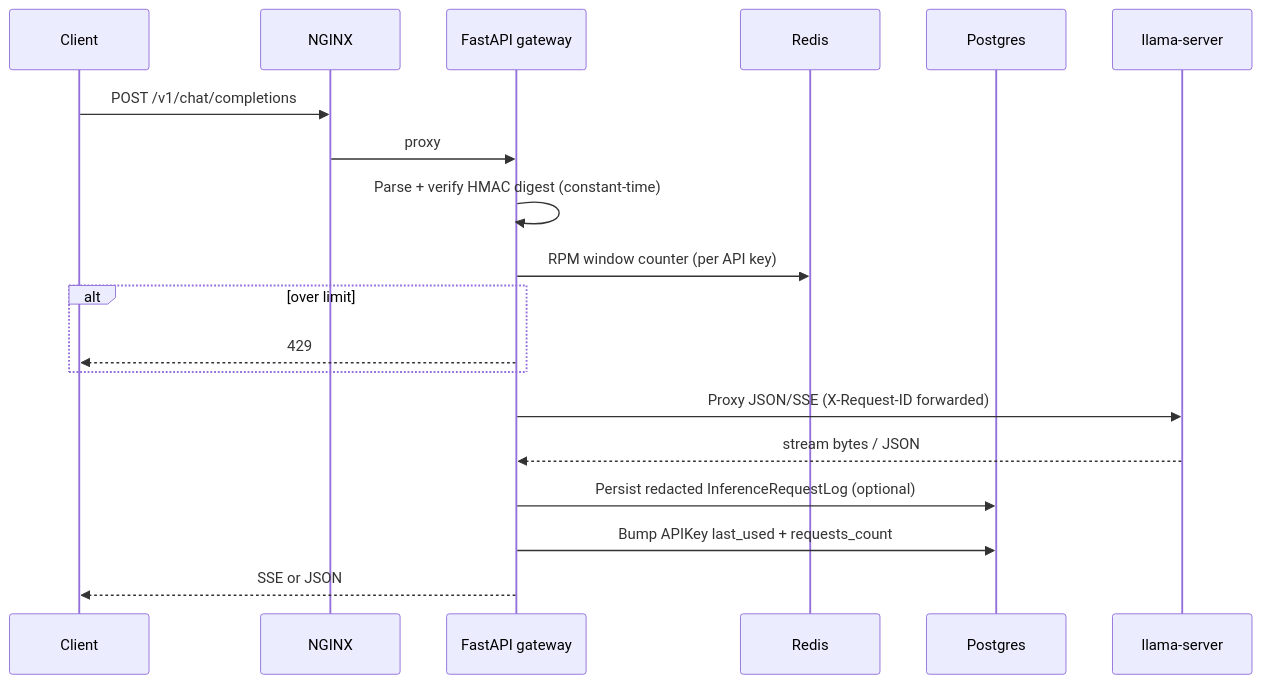
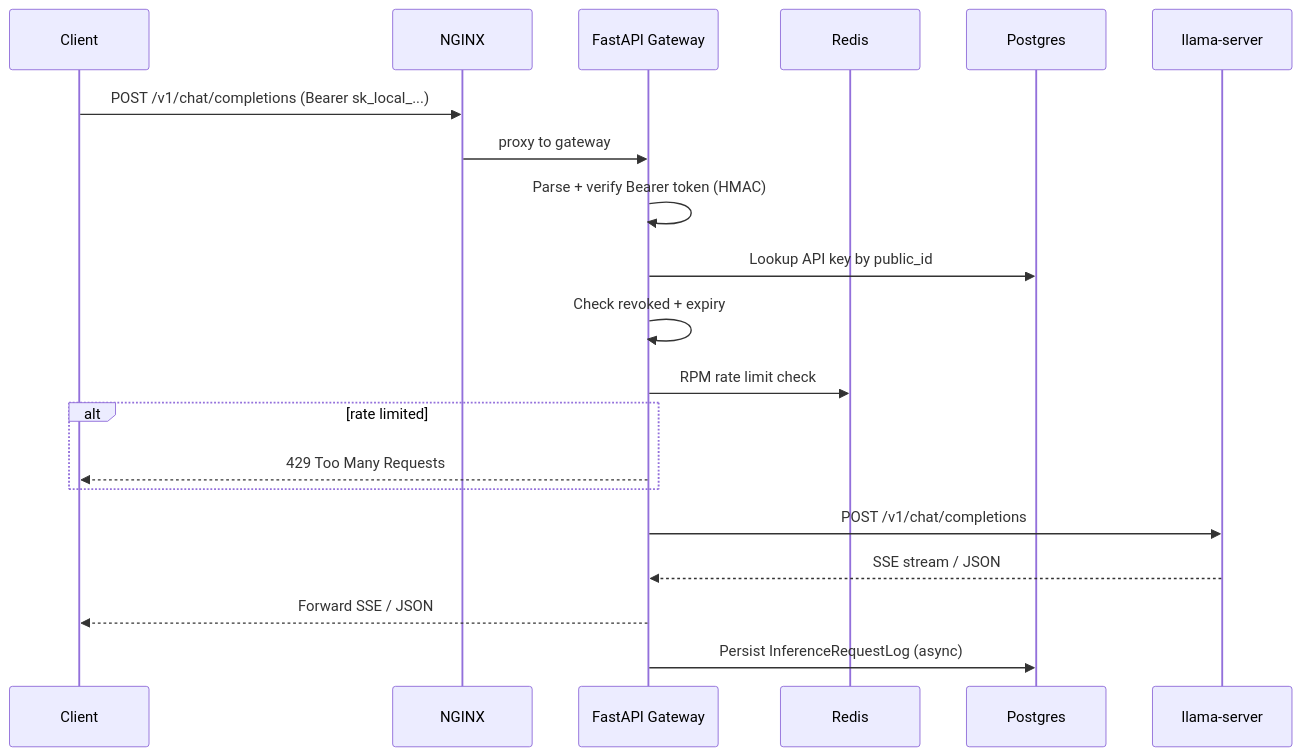
Before and after one commit to saumitra91/ai-inference-gateway-platform: the second of 3 diagrams in docs/architecture.md, drawn with Mermaid. The commit also changed other lines of this file, not shown here.

Commit message:
Added doc architecture

````diff
--- a/docs/architecture.md
+++ b/docs/architecture.md
@@ -27,22 +54,23 @@
 ```mermaid
 sequenceDiagram
   participant C as Client
   participant N as NGINX
-  participant G as FastAPI gateway
+  participant G as FastAPI Gateway
   participant R as Redis
   participant P as Postgres
   participant L as llama-server
 
-  C->>N: POST /v1/chat/completions
-  N->>G: proxy
-  G->>G: Parse + verify HMAC digest (constant-time)
-  G->>R: RPM window counter (per API key)
-  alt over limit
-    G-->>C: 429
+  C->>N: POST /v1/chat/completions (Bearer sk_local_...)
+  N->>G: proxy to gateway
+  G->>G: Parse + verify Bearer token (HMAC)
+  G->>P: Lookup API key by public_id
+  G->>G: Check revoked + expiry
+  G->>R: RPM rate limit check
+  alt rate limited
+    G-->>C: 429 Too Many Requests
   end
-  G->>L: Proxy JSON/SSE (X-Request-ID forwarded)
-  L-->>G: stream bytes / JSON
-  G->>P: Persist redacted InferenceRequestLog (optional)
-  G->>P: Bump APIKey last_used + requests_count
-  G-->>C: SSE or JSON
+  G->>L: POST /v1/chat/completions
+  L-->>G: SSE stream / JSON
+  G-->>C: Forward SSE / JSON
+  G->>P: Persist InferenceRequestLog (async)
 ```
````
